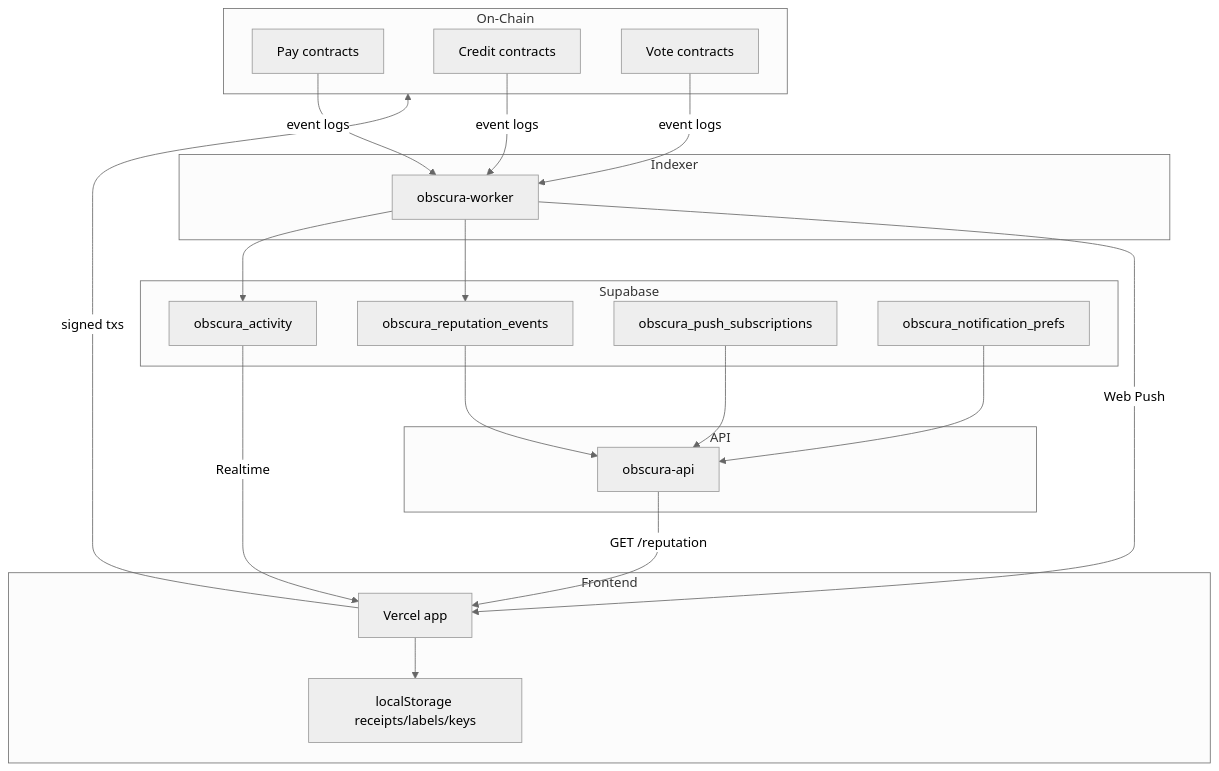
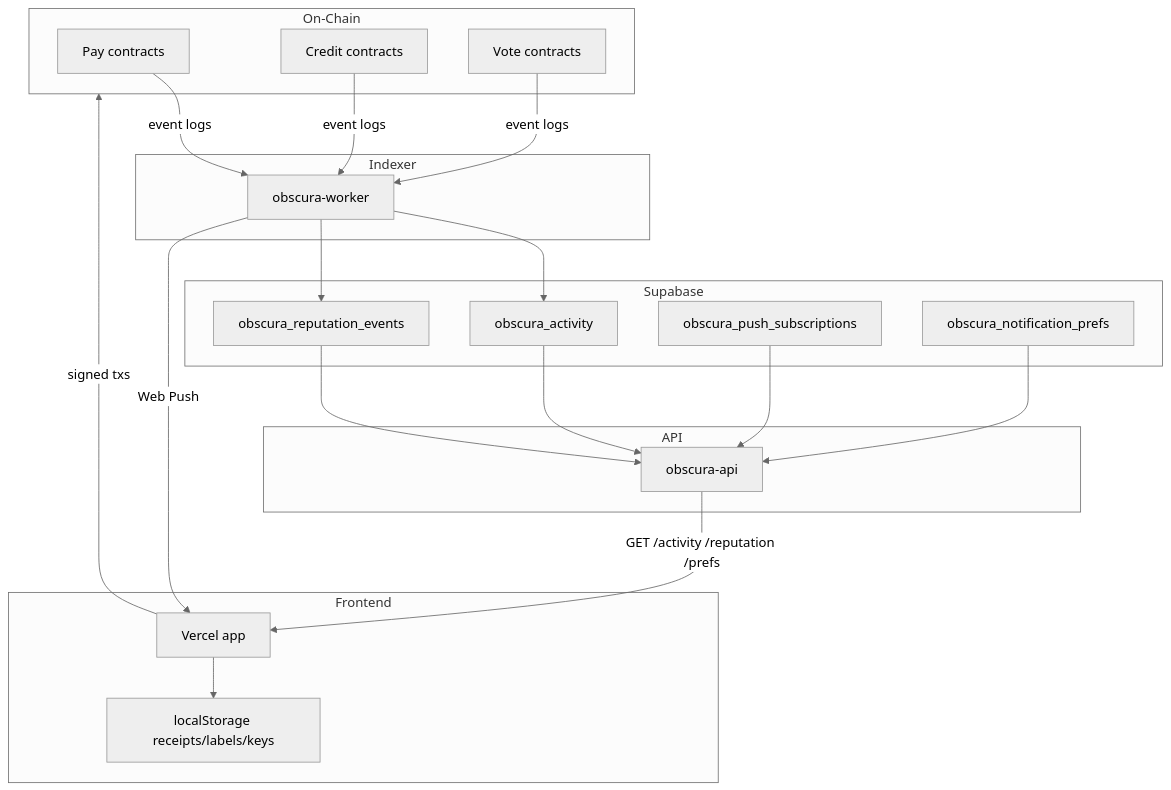
Before and after one commit to AhmedAmer72/OBSCURA: diagram 14 of 31 in OBSCURA_PROTOCOL_ARCHITECTURE_v1.md, drawn with Mermaid (neutral theme). The commit also changed other lines of this file and 21 other files, not shown here.

````diff
--- a/OBSCURA_PROTOCOL_ARCHITECTURE_v1.md
+++ b/OBSCURA_PROTOCOL_ARCHITECTURE_v1.md
@@ -1240,37 +1242,38 @@
 ```mermaid
 flowchart TB
   subgraph ONCHAIN[On-Chain]
     PAY_C[Pay contracts]
     CRED_C[Credit contracts]
     VOTE_C[Vote contracts]
   end
 
   subgraph INDEX[Indexer]
     WK[obscura-worker]
   end
 
   subgraph DATA[Supabase]
     ACT[obscura_activity]
     REP[obscura_reputation_events]
     SUB[obscura_push_subscriptions]
     PREF[obscura_notification_prefs]
   end
 
   subgraph API_LAYER[API]
     API[obscura-api]
   end
 
   subgraph CLIENT[Frontend]
     FE[Vercel app]
     LOCAL[localStorage receipts/labels/keys]
   end
 
   PAY_C & CRED_C & VOTE_C -->|event logs| WK
   WK --> ACT & REP
   WK -->|Web Push| FE
-  ACT -->|Realtime| FE
-  REP --> API -->|GET /reputation| FE
+  ACT --> API
+  REP --> API
+  API -->|GET /activity /reputation /prefs| FE
   PREF & SUB --> API
   FE -->|signed txs| ONCHAIN
   FE --> LOCAL
 ```
````
